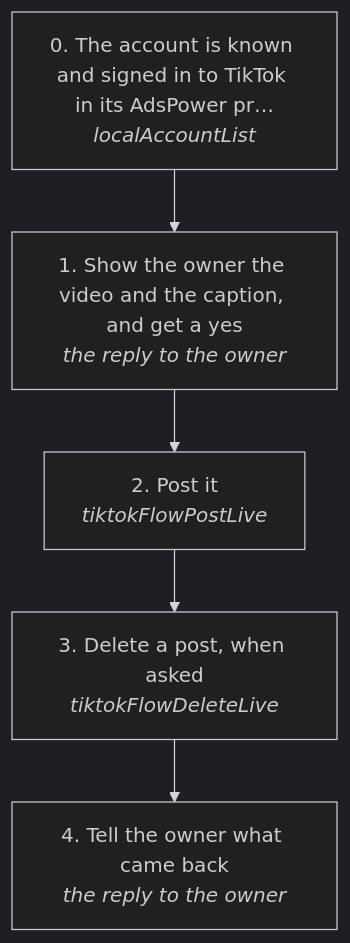
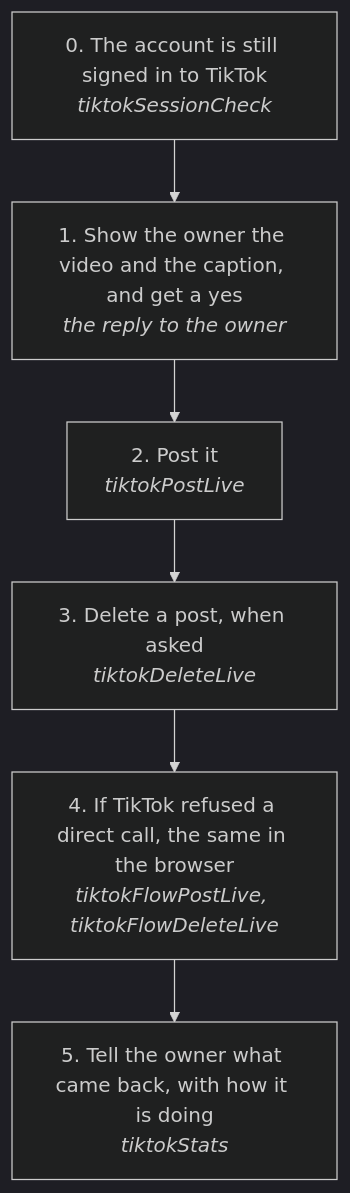
Before and after one commit to aggelos-pappas/log: the diagram in docs/useCases/tiktok/post.md, drawn with Mermaid (dark theme). The commit also changed other lines of this file and 29 other files, not shown here.

Commit message:
feat(tiktok): stats, post and delete on the direct API, faster browser flows

````diff
--- a/docs/useCases/tiktok/post.md
+++ b/docs/useCases/tiktok/post.md
@@ -14,12 +14,14 @@
 ```mermaid
 flowchart TD
-  s0["0. The account is known and signed in to TikTok in its AdsPower pr…<br/><i>localAccountList</i>"]
+  s0["0. The account is still signed in to TikTok<br/><i>tiktokSessionCheck</i>"]
   s1["1. Show the owner the video and the caption, and get a yes<br/><i>the reply to the owner</i>"]
-  s2["2. Post it<br/><i>tiktokFlowPostLive</i>"]
-  s3["3. Delete a post, when asked<br/><i>tiktokFlowDeleteLive</i>"]
-  s4["4. Tell the owner what came back<br/><i>the reply to the owner</i>"]
+  s2["2. Post it<br/><i>tiktokPostLive</i>"]
+  s3["3. Delete a post, when asked<br/><i>tiktokDeleteLive</i>"]
+  s4["4. If TikTok refused a direct call, the same in the browser<br/><i>tiktokFlowPostLive, tiktokFlowDeleteLive</i>"]
+  s5["5. Tell the owner what came back, with how it is doing<br/><i>tiktokStats</i>"]
   s0 --> s1
   s1 --> s2
   s2 --> s3
   s3 --> s4
+  s4 --> s5
 ```
````
